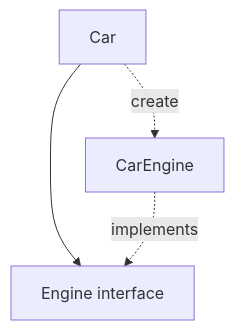
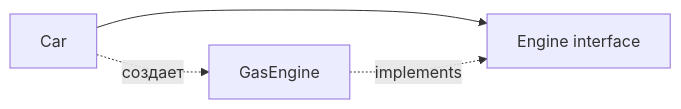
One commit to Kert0n/KPO changed the first of 10 diagrams in lectures/Lec2/vitepress.md. Above: the diagram before and after it, drawn with Mermaid. The commit also changed other lines of this file and 3 other files, not shown here.

````diff
--- a/lectures/Lec2/vitepress.md
+++ b/lectures/Lec2/vitepress.md
@@ -325,6 +43,6 @@
 ```mermaid
-flowchart TD
-    Car[Car] --> Engine[Engine interface]
-    Car -. create .-> CarEngine[CarEngine]
-    CarEngine -. implements .-> Engine
+flowchart LR
+    Car["Car"] --> Engine["Engine interface"]
+    Car -. "создает" .-> GasEngine["GasEngine"]
+    GasEngine -. "implements" .-> Engine
 ```
````
